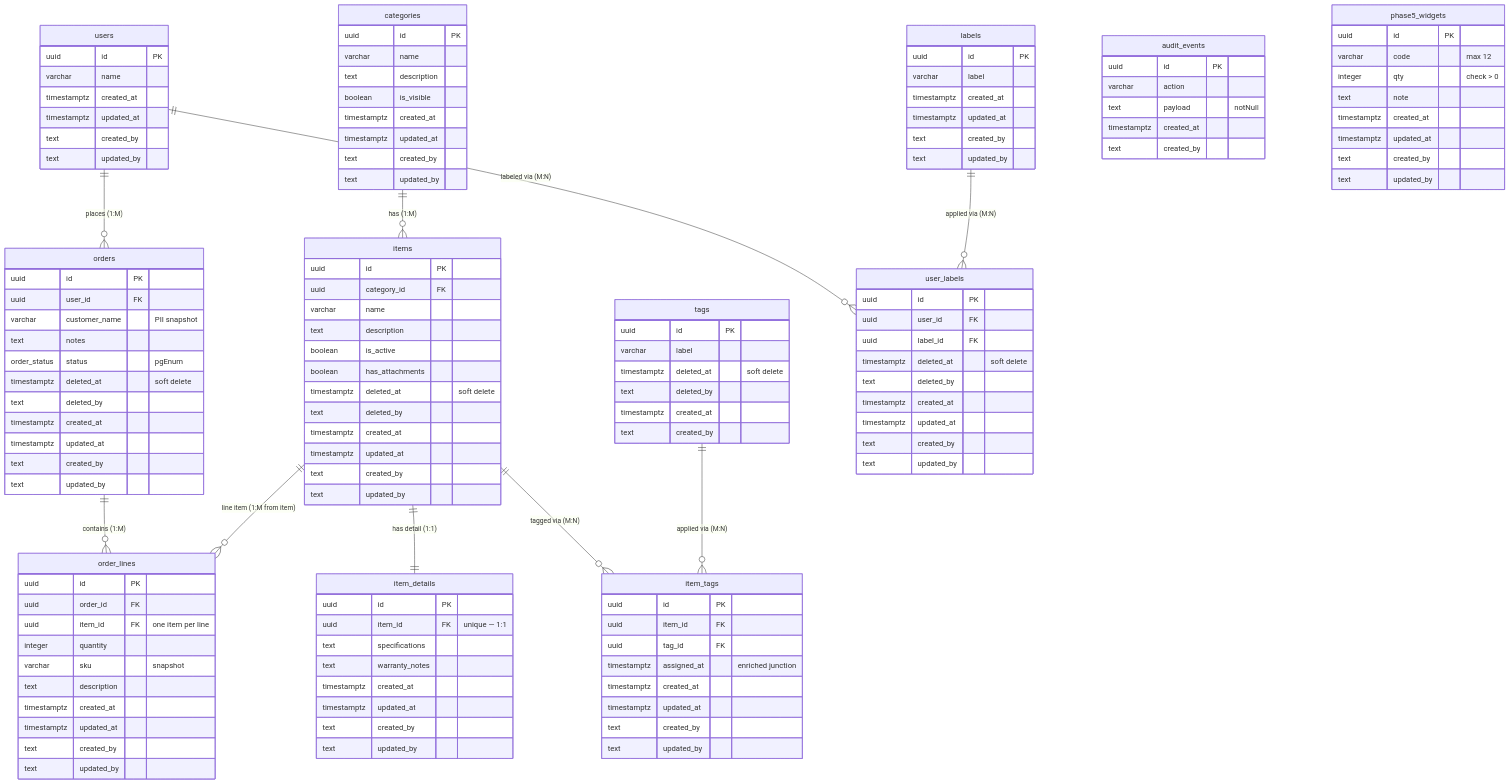
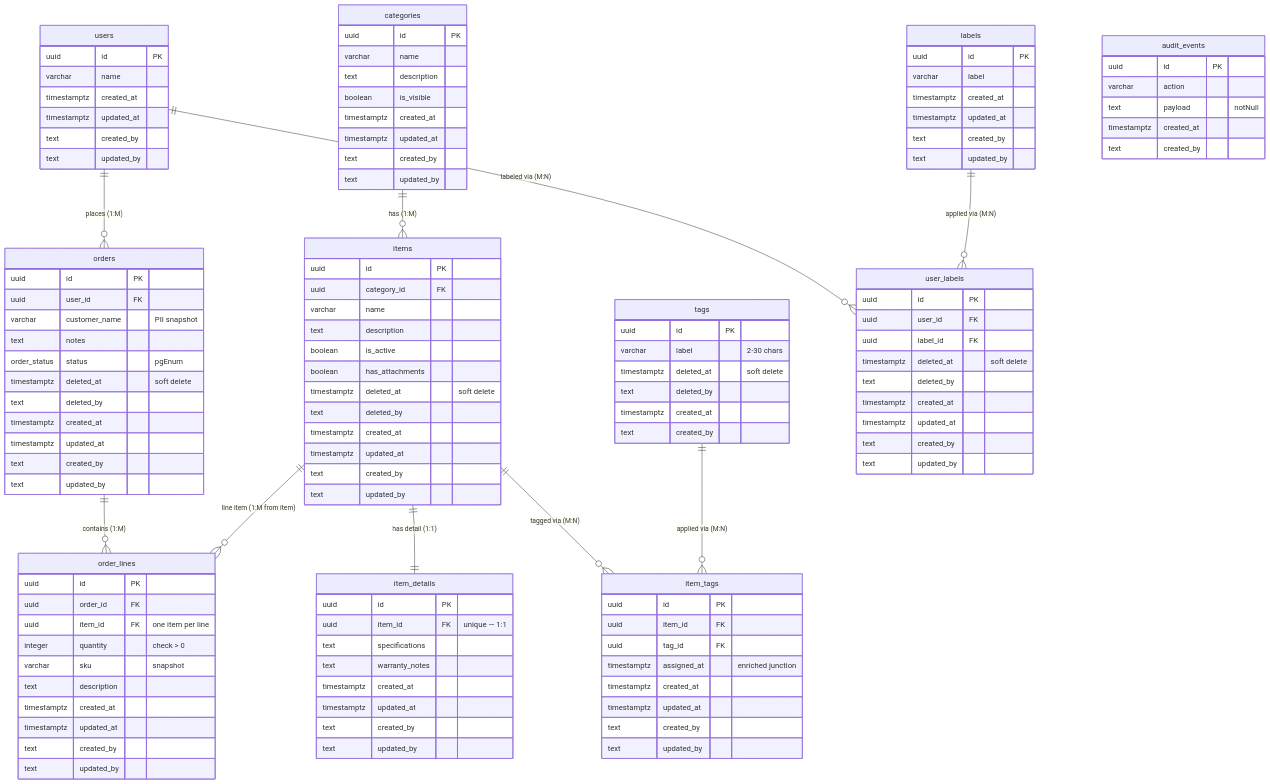
The diagram in templates/ds/src/db/ER-DIAGRAM.md (CorpDK/coding-templates), drawn with Mermaid before and after one commit. The commit also changed other lines of this file and 15 other files, not shown here.

````diff
--- a/templates/ds/src/db/ER-DIAGRAM.md
+++ b/templates/ds/src/db/ER-DIAGRAM.md
@@ -71,7 +72,7 @@
 
     tags {
         uuid id PK
-        varchar label
+        varchar label "2-30 chars"
         timestamptz deleted_at "soft delete"
         text deleted_by
         timestamptz created_at
@@ -107,7 +108,7 @@
         uuid id PK
         uuid order_id FK
         uuid item_id FK "one item per line"
-        integer quantity
+        integer quantity "check > 0"
         varchar sku "snapshot"
         text description
         timestamptz created_at
@@ -145,14 +146,4 @@
         text created_by
     }
 
-    phase5_widgets {
-        uuid id PK
-        varchar code "max 12"
-        integer qty "check > 0"
-        text note
-        timestamptz created_at
-        timestamptz updated_at
-        text created_by
-        text updated_by
-    }
 ```
````
